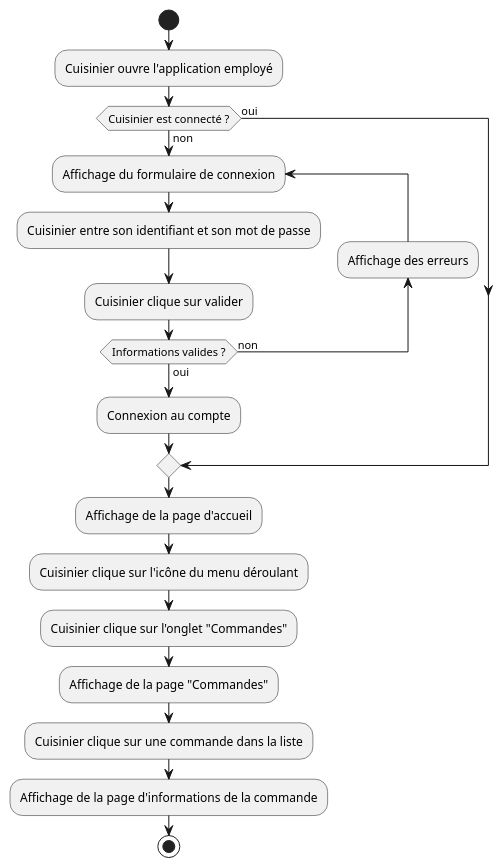
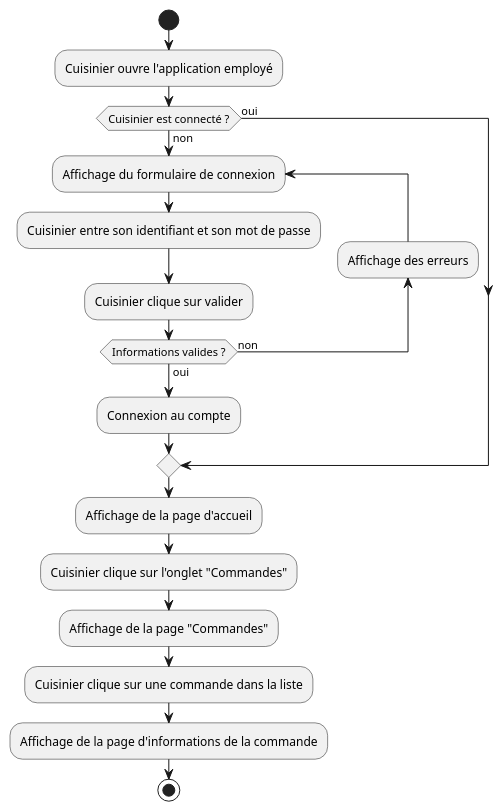
Before and after one commit to Gumpah/project_6: the diagram in diagrams/worker_display_order.puml, drawn with PlantUML. The commit also changed 13 other files, not shown here.

Commit message:
Updating diagrams

```diff
--- a/diagrams/worker_display_order.puml
+++ b/diagrams/worker_display_order.puml
@@ -1,24 +1,23 @@
 @startuml
 'https://plantuml.com/activity-diagram-beta
 
 start
 :Cuisinier ouvre l'application employé;
 if (Cuisinier est connecté ?) then (oui)
 else (non)
 repeat :Affichage du formulaire de connexion;
 :Cuisinier entre son identifiant et son mot de passe;
 :Cuisinier clique sur valider;
 backward:Affichage des erreurs;
 repeat while (Informations valides ?) is (non) not (oui)
 :Connexion au compte;
 endif
 :Affichage de la page d'accueil;
-:Cuisinier clique sur l'icône du menu déroulant;
 :Cuisinier clique sur l'onglet "Commandes";
 :Affichage de la page "Commandes";
 :Cuisinier clique sur une commande dans la liste;
 :Affichage de la page d'informations de la commande;
 
 stop
 
 @enduml
```
